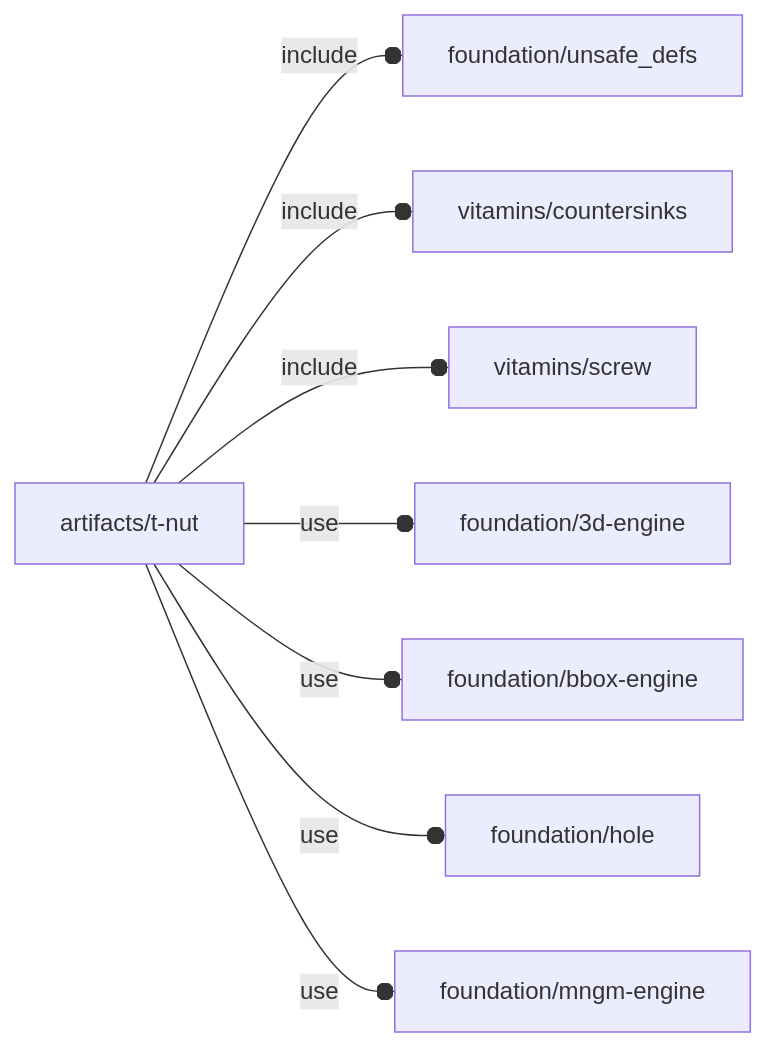
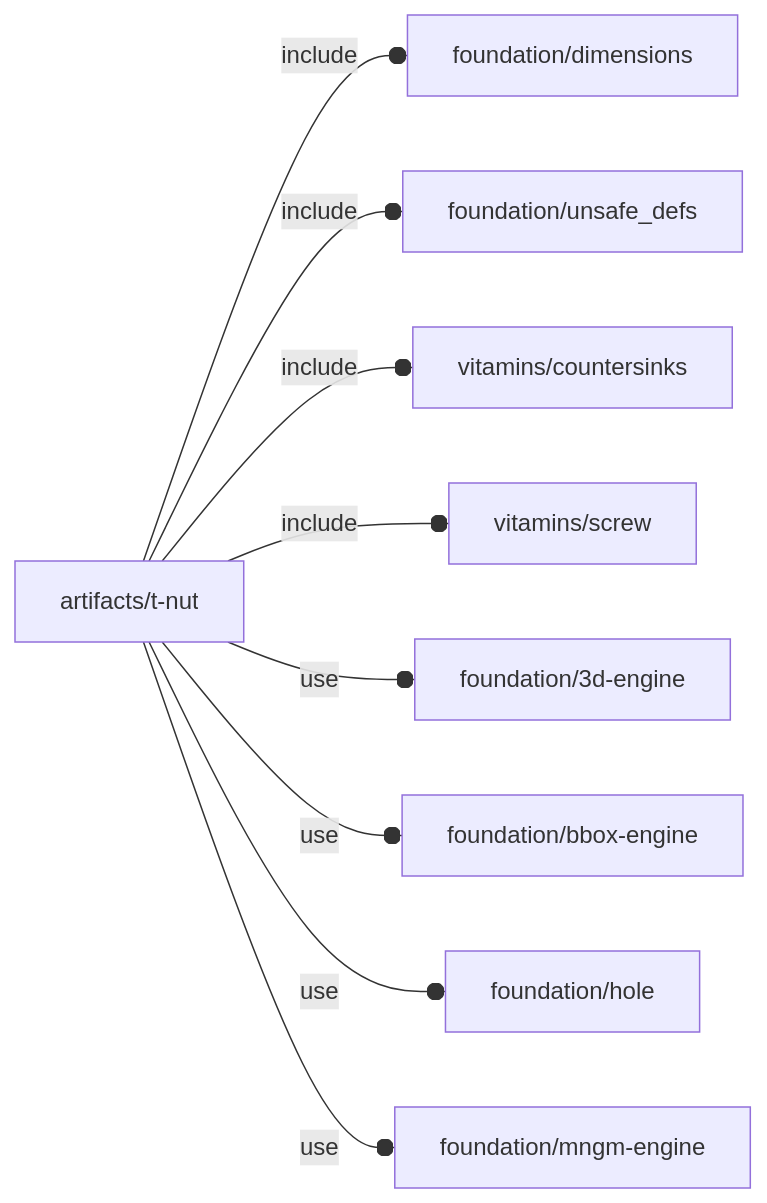
Before and after one commit to ggabbiani/OFL: the diagram in orthodocs/artifacts/t-nut.md, drawn with Mermaid. The commit also changed other lines of this file and 10 other files, not shown here.

````diff
--- a/orthodocs/artifacts/t-nut.md
+++ b/orthodocs/artifacts/t-nut.md
@@ -5,10 +5,11 @@
 ```mermaid
 graph LR
-    A1[artifacts/t-nut] --o|include| A2[foundation/unsafe_defs]
-    A1 --o|include| A3[vitamins/countersinks]
-    A1 --o|include| A4[vitamins/screw]
-    A1 --o|use| A5[foundation/3d-engine]
-    A1 --o|use| A6[foundation/bbox-engine]
-    A1 --o|use| A7[foundation/hole]
-    A1 --o|use| A8[foundation/mngm-engine]
+    A1[artifacts/t-nut] --o|include| A2[foundation/dimensions]
+    A1 --o|include| A3[foundation/unsafe_defs]
+    A1 --o|include| A4[vitamins/countersinks]
+    A1 --o|include| A5[vitamins/screw]
+    A1 --o|use| A6[foundation/3d-engine]
+    A1 --o|use| A7[foundation/bbox-engine]
+    A1 --o|use| A8[foundation/hole]
+    A1 --o|use| A9[foundation/mngm-engine]
 ```
````
